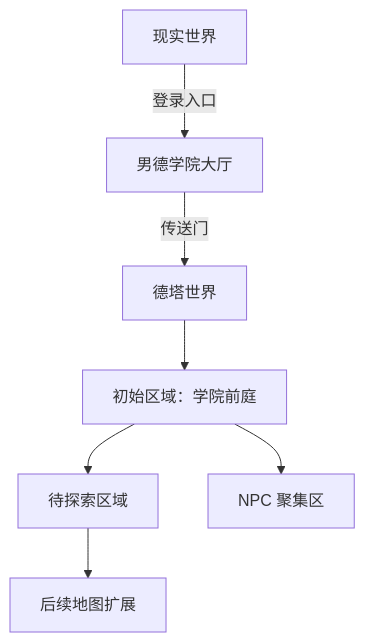
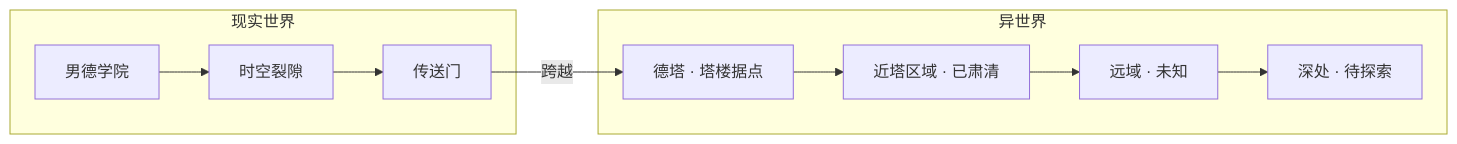
One commit to chen136523510/nandexueyuan changed the first of 2 diagrams in prd/01-需求文档/00-基础数据/世界观.md. Above: the diagram before and after it, drawn with Mermaid. The commit also changed other lines of this file and 60 other files, not shown here.

First line of the commit message:
feat: 德塔P0+P1完成 - 地图/角色/HUD/多人同步/管理后台

````diff
--- a/prd/01-需求文档/00-基础数据/世界观.md
+++ b/prd/01-需求文档/00-基础数据/世界观.md
@@ -30,9 +24,16 @@
 ```mermaid
-flowchart TD
-    A[现实世界] -->|登录入口| B[男德学院大厅]
-    B -->|传送门| C[德塔世界]
-    C --> D[初始区域：学院前庭]
-    D --> E[待探索区域]
-    D --> F[NPC 聚集区]
-    E --> G[后续地图扩展]
+flowchart LR
+    subgraph 现实世界
+        A[男德学院] --> B[时空裂隙]
+        B --> C[传送门]
+    end
+
+    C -->|跨越| D
+
+    subgraph 异世界
+        D[德塔 · 塔楼据点]
+        D --> E[近塔区域 · 已肃清]
+        E --> F[远域 · 未知]
+        F --> G[深处 · 待探索]
+    end
 ```
````
